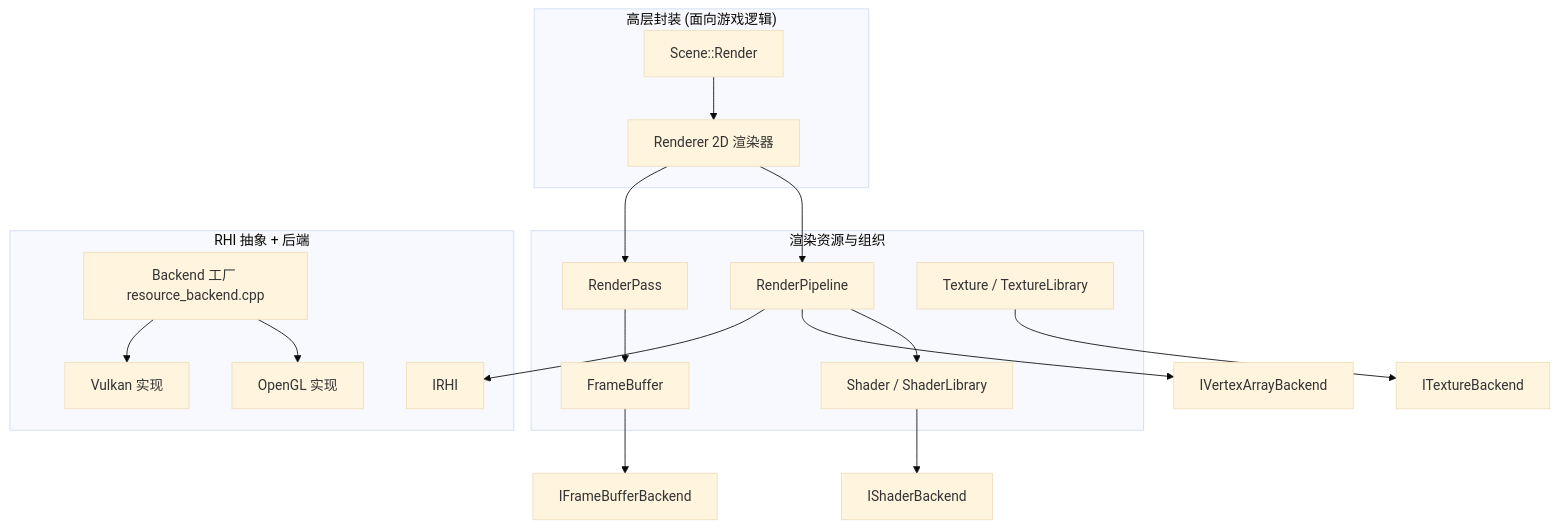
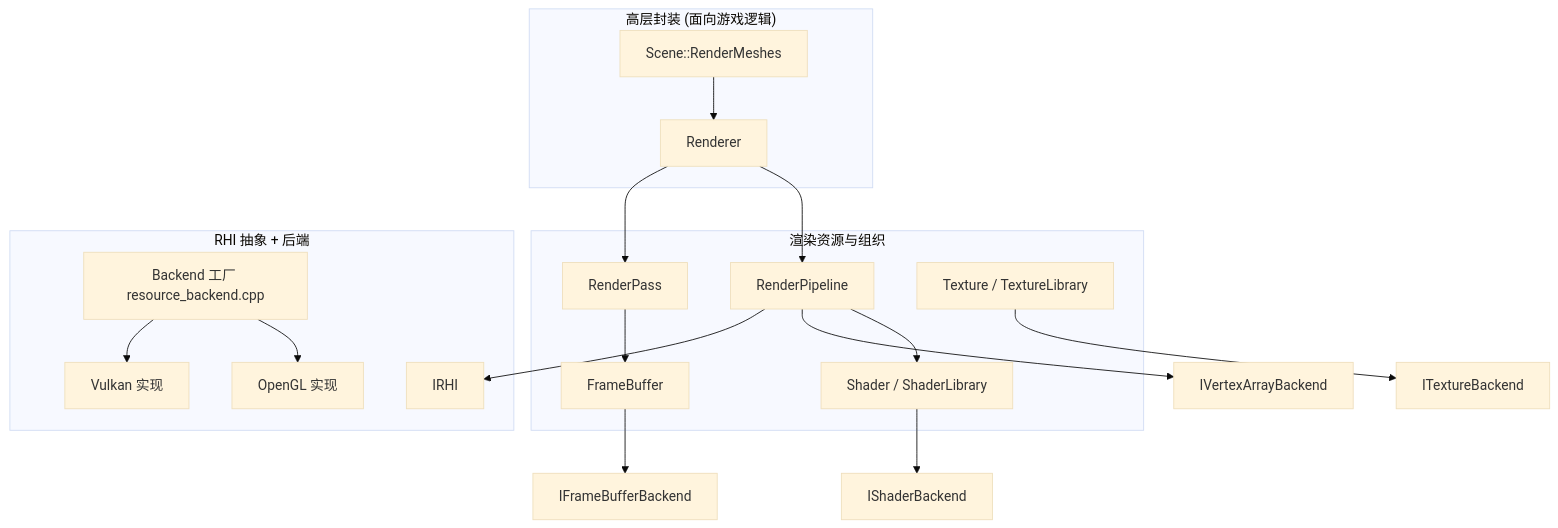
The diagram in docs/rendering.md (MiaoHN/MEngine), drawn with Mermaid (base theme) before and after one commit. The commit also changed other lines of this file and 14 other files, not shown here.

````diff
--- a/docs/rendering.md
+++ b/docs/rendering.md
@@ -7,35 +12,35 @@
 ```mermaid
 graph TB
     subgraph 高层["高层封装 (面向游戏逻辑)"]
-        RENDERER[Renderer 2D 渲染器]
-        SCENE[Scene::Render]
+        RENDERER[Renderer]
+        SCENE[Scene::RenderMeshes]
     end
 
     subgraph 中间层["渲染资源与组织"]
         PIPELINE[RenderPipeline]
         PASS[RenderPass]
         SHADER[Shader / ShaderLibrary]
         TEX[Texture / TextureLibrary]
         FB[FrameBuffer]
     end
 
     subgraph RHI层["RHI 抽象 + 后端"]
         IRHI[IRHI]
         FACTORY[Backend 工厂 resource_backend.cpp]
         GL[OpenGL 实现]
         VK[Vulkan 实现]
     end
 
     RENDERER --> PIPELINE
     RENDERER --> PASS
     PIPELINE --> SHADER
     PIPELINE --> VAO[IVertexArrayBackend]
     SCENE --> RENDERER
     PASS --> FB
     SHADER --> IShaderBackend
     TEX --> ITextureBackend
     FB --> IFrameBufferBackend
     FACTORY --> GL
     FACTORY --> VK
     PIPELINE --> IRHI
 ```
````
